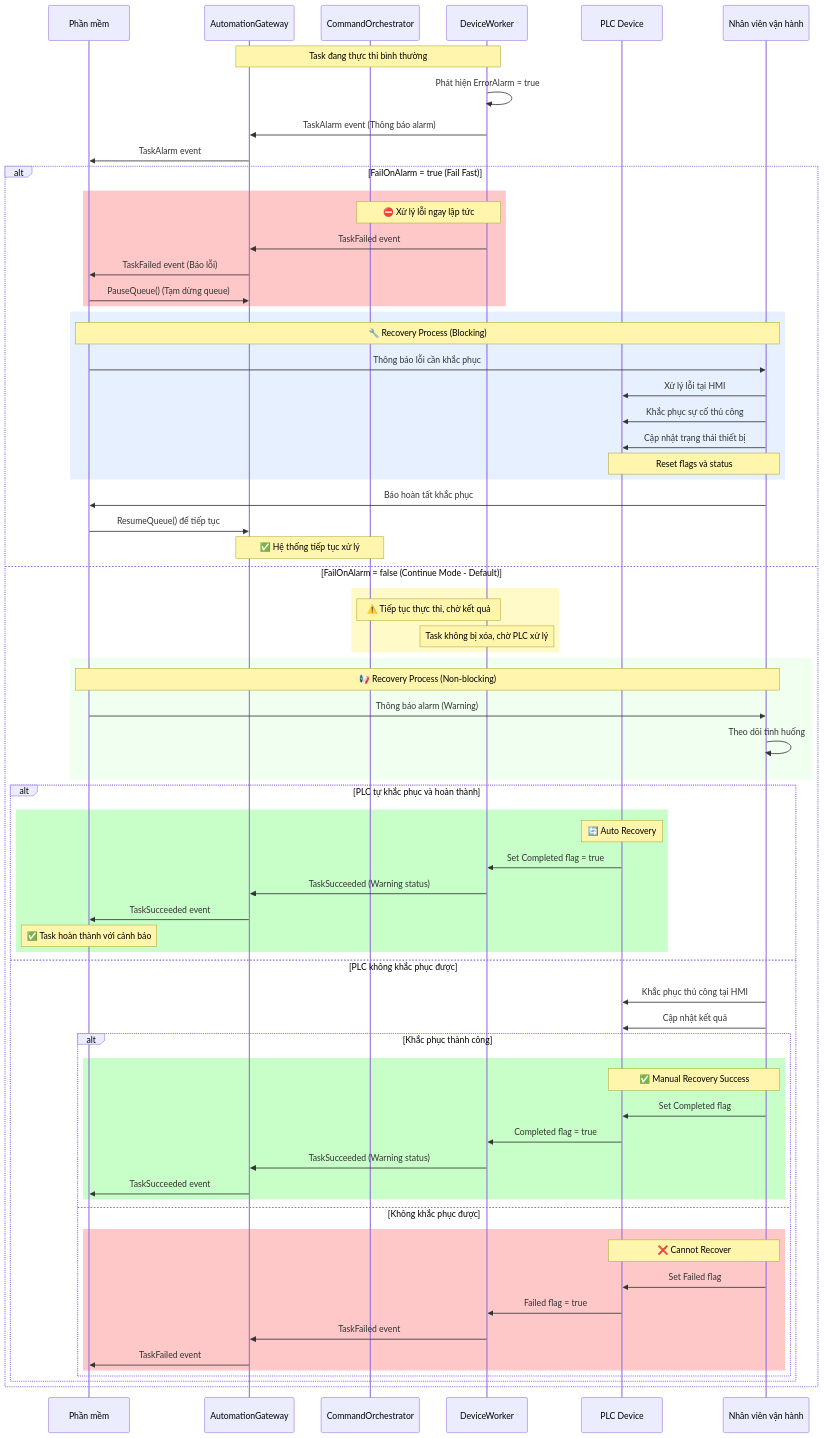
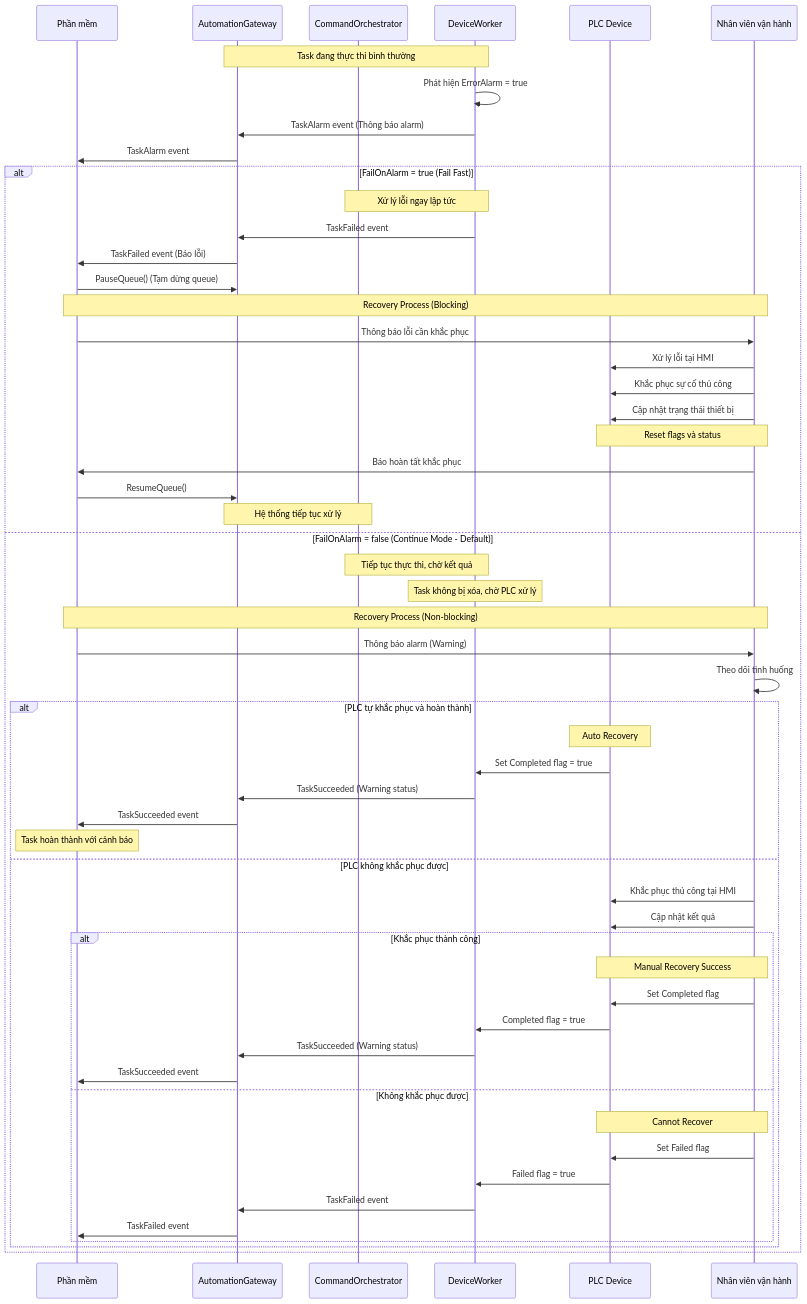
One commit to honhatphi/wcs-conncetor changed the third of 5 diagrams in docs/flows.md. Above: the diagram before and after it, drawn with Mermaid. The commit also changed other lines of this file and 1 other file, not shown here.

Commit message:
Update documentation with latest changes to flows and changelog

````diff
--- a/docs/flows.md
+++ b/docs/flows.md
@@ -132,81 +132,69 @@
 ```mermaid
 sequenceDiagram
     participant App as Phần mềm
     participant GW as AutomationGateway
     participant ORC as CommandOrchestrator
     participant Worker as DeviceWorker
     participant PLC as PLC Device
     participant HMI as Nhân viên vận hành
     
     Note over GW,Worker: Task đang thực thi bình thường
     
     Worker->>Worker: Phát hiện ErrorAlarm = true
     Worker->>GW: TaskAlarm event (Thông báo alarm)
     GW->>App: TaskAlarm event
     
     alt FailOnAlarm = true (Fail Fast)
-        rect rgb(255, 200, 200)
-            Note over Worker,ORC: ⛔ Xử lý lỗi ngay lập tức
-            Worker->>GW: TaskFailed event
-            GW->>App: TaskFailed event (Báo lỗi)
-            App->>GW: PauseQueue() (Tạm dừng queue)
-        end
-        
-        rect rgb(230, 240, 255)
-            Note over App,HMI: 🔧 Recovery Process (Blocking)
-            App->>HMI: Thông báo lỗi cần khắc phục
-            HMI->>PLC: Xử lý lỗi tại HMI
-            HMI->>PLC: Khắc phục sự cố thủ công
-            HMI->>PLC: Cập nhật trạng thái thiết bị
-            Note over HMI,PLC: Reset flags và status
-        end
+        Note over Worker,ORC: Xử lý lỗi ngay lập tức
+        Worker->>GW: TaskFailed event
+        GW->>App: TaskFailed event (Báo lỗi)
+        App->>GW: PauseQueue() (Tạm dừng queue)
+
+        Note over App,HMI: Recovery Process (Blocking)
+        App->>HMI: Thông báo lỗi cần khắc phục
+        HMI->>PLC: Xử lý lỗi tại HMI
+        HMI->>PLC: Khắc phục sự cố thủ công
+        HMI->>PLC: Cập nhật trạng thái thiết bị
+        Note over HMI,PLC: Reset flags và status
         
         HMI->>App: Báo hoàn tất khắc phục
-        App->>GW: ResumeQueue() để tiếp tục
-        Note over GW,ORC: ✅ Hệ thống tiếp tục xử lý
+        App->>GW: ResumeQueue()
+        Note over GW,ORC: Hệ thống tiếp tục xử lý
         
     else FailOnAlarm = false (Continue Mode - Default)
-        rect rgb(255, 250, 200)
-            Note over Worker,ORC: ⚠️ Tiếp tục thực thi, chờ kết quả
-            Note over Worker: Task không bị xóa, chờ PLC xử lý
-        end
+        Note over Worker,ORC: Tiếp tục thực thi, chờ kết quả
+        Note over Worker: Task không bị xóa, chờ PLC xử lý
         
-        rect rgb(240, 255, 240)
-            Note over App,HMI: 📢 Recovery Process (Non-blocking)
-            App->>HMI: Thông báo alarm (Warning)
-            HMI->>HMI: Theo dõi tình huống
-        end
+        Note over App,HMI: Recovery Process (Non-blocking)
+        App->>HMI: Thông báo alarm (Warning)
+        HMI->>HMI: Theo dõi tình huống
         
         alt PLC tự khắc phục và hoàn thành
-            rect rgb(200, 255, 200)
-                Note over PLC: 🔄 Auto Recovery
-                PLC->>Worker: Set Completed flag = true
-                Worker->>GW: TaskSucceeded (Warning status)
-                GW->>App: TaskSucceeded event
-                Note over App: ✅ Task hoàn thành với cảnh báo
-            end
+            Note over PLC: Auto Recovery
+            PLC->>Worker: Set Completed flag = true
+            Worker->>GW: TaskSucceeded (Warning status)
+            GW->>App: TaskSucceeded event
+            Note over App: Task hoàn thành với cảnh báo
             
         else PLC không khắc phục được
             HMI->>PLC: Khắc phục thủ công tại HMI
             HMI->>PLC: Cập nhật kết quả
             
             alt Khắc phục thành công
-                rect rgb(200, 255, 200)
-                    Note over HMI,PLC: ✅ Manual Recovery Success
-                    HMI->>PLC: Set Completed flag
-                    PLC->>Worker: Completed flag = true
-                    Worker->>GW: TaskSucceeded (Warning status)
-                    GW->>App: TaskSucceeded event
-                end
+                Note over HMI,PLC: Manual Recovery Success
+                HMI->>PLC: Set Completed flag
+                PLC->>Worker: Completed flag = true
+                Worker->>GW: TaskSucceeded (Warning status)
+                GW->>App: TaskSucceeded event
+                
             else Không khắc phục được
-                rect rgb(255, 200, 200)
-                    Note over HMI,PLC: ❌ Cannot Recover
-                    HMI->>PLC: Set Failed flag
-                    PLC->>Worker: Failed flag = true
-                    Worker->>GW: TaskFailed event
-                    GW->>App: TaskFailed event
-                end
+                Note over HMI,PLC: Cannot Recover
+                HMI->>PLC: Set Failed flag
+                PLC->>Worker: Failed flag = true
+                Worker->>GW: TaskFailed event
+                GW->>App: TaskFailed event
             end
         end
     end
+
 ```
````
